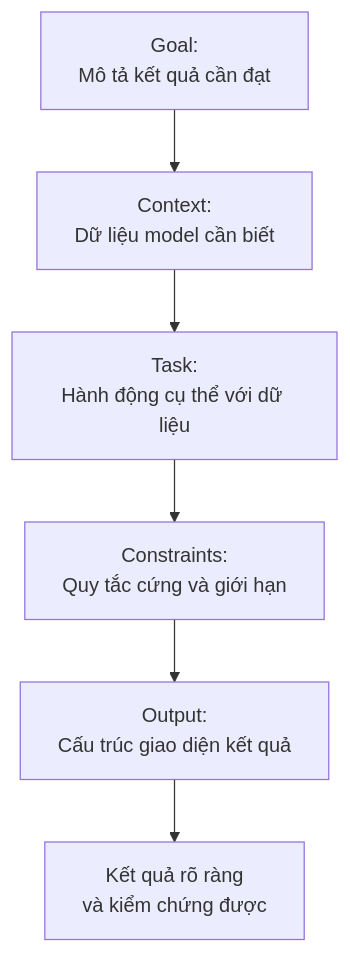
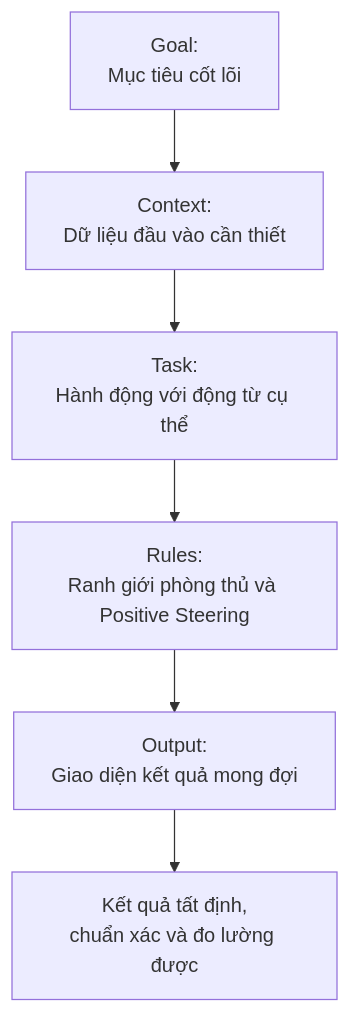
Before and after one commit to nguyengoctin/my_website: the first of 2 diagrams in content/posts/chuan-muc-viet-prompt-tu-yeu-cau-mo-ho-den-ban-dac-ta.md, drawn with Mermaid. The commit also changed other lines of this file and 4 other files, not shown here.

Commit message:
feat: add new post and refine code block rendering with Mermaid layout adjustments and typography overrides

````diff
--- a/content/posts/chuan-muc-viet-prompt-tu-yeu-cau-mo-ho-den-ban-dac-ta.md
+++ b/content/posts/chuan-muc-viet-prompt-tu-yeu-cau-mo-ho-den-ban-dac-ta.md
@@ -53,8 +35,8 @@
 ```mermaid
 flowchart TD
-GoalNode["Goal:<br/>Mô tả kết quả cần đạt"] --> ContextNode["Context:<br/>Dữ liệu model cần biết"]
-ContextNode --> TaskNode["Task:<br/>Hành động cụ thể với dữ liệu"]
-TaskNode --> ConstraintNode["Constraints:<br/>Quy tắc cứng và giới hạn"]
-ConstraintNode --> OutputNode["Output:<br/>Cấu trúc giao diện kết quả"]
-OutputNode --> ResultNode["Kết quả rõ ràng<br/>và kiểm chứng được"]
+GoalNode["Goal:<br/>Mục tiêu cốt lõi"] --> ContextNode["Context:<br/>Dữ liệu đầu vào cần thiết"]
+ContextNode --> TaskNode["Task:<br/>Hành động với động từ cụ thể"]
+TaskNode --> RuleNode["Rules:<br/>Ranh giới phòng thủ và Positive Steering"]
+RuleNode --> OutputNode["Output:<br/>Giao diện kết quả mong đợi"]
+OutputNode --> ResultNode["Kết quả tất định,<br/>chuẩn xác và đo lường được"]
 ```
````
